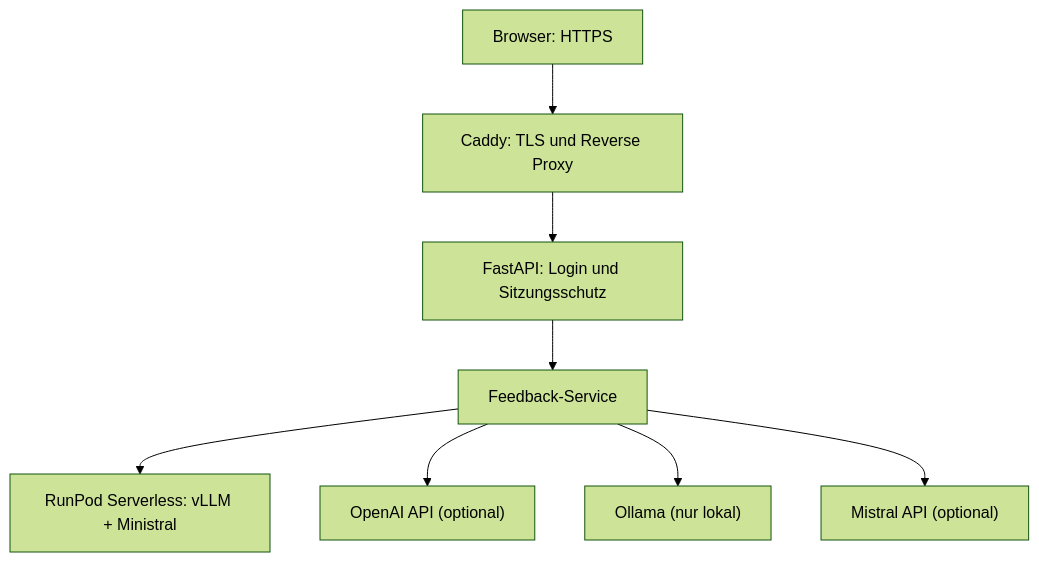
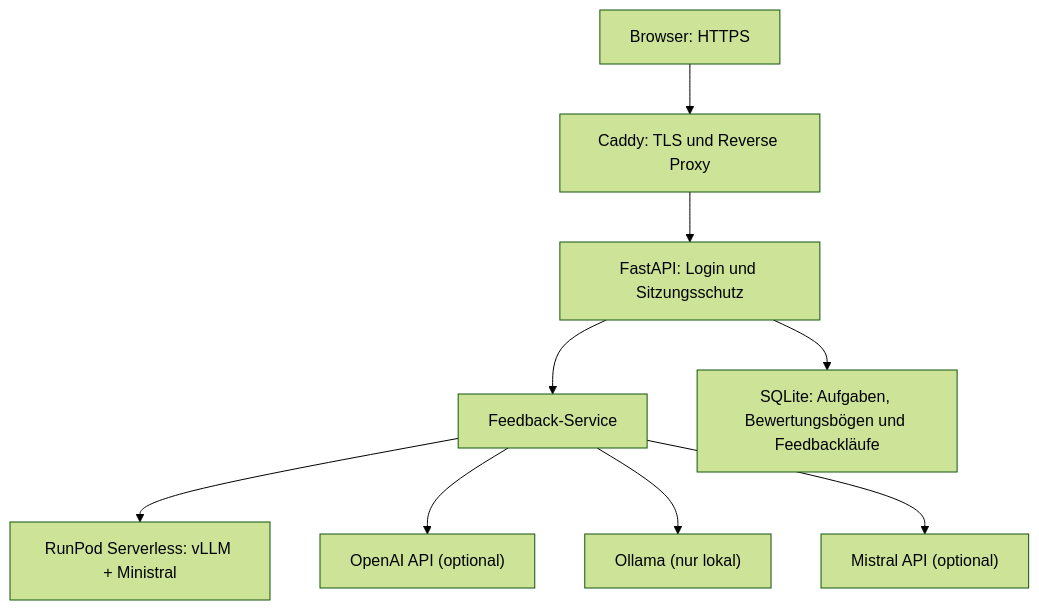
Before and after one commit to David90dotcom/ki-schreibfeedback-prototyp: the diagram in README.md, drawn with Mermaid (forest theme). The commit also changed other lines of this file and 14 other files, not shown here.

````diff
--- a/README.md
+++ b/README.md
@@ -21,10 +22,11 @@
 ```mermaid
 flowchart TD
     A["Browser: HTTPS"] --> B["Caddy: TLS und Reverse Proxy"]
     B --> C["FastAPI: Login und Sitzungsschutz"]
     C --> D["Feedback-Service"]
     D --> E["RunPod Serverless: vLLM + Ministral"]
     D --> F["OpenAI API (optional)"]
     D --> G["Ollama (nur lokal)"]
     D --> H["Mistral API (optional)"]
+    C --> I["SQLite: Aufgaben, Bewertungsbögen und Feedbackläufe"]
 ```
````
